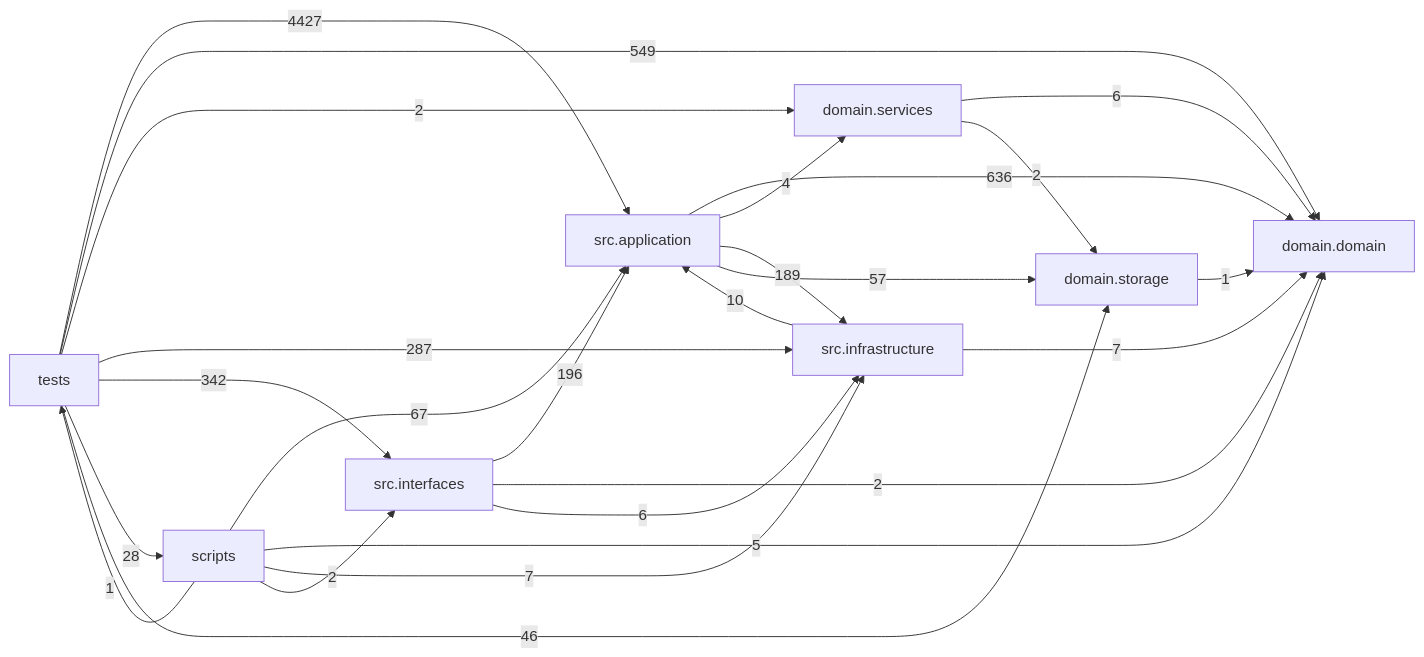
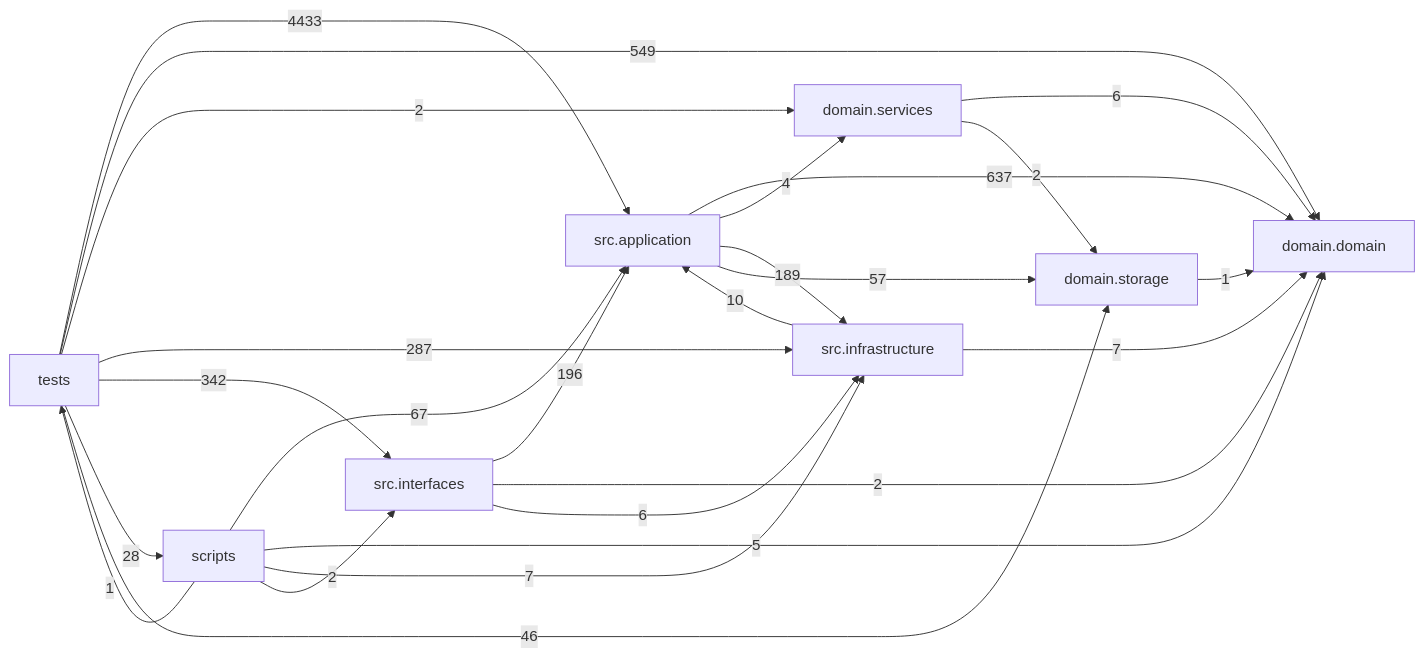
One commit to liuxie066/options-monitor changed the diagram in docs/DEPENDENCY_GRAPH.md. Above: the diagram before and after it, drawn with Mermaid. The commit also changed other lines of this file and 6 other files, not shown here.

````diff
--- a/docs/DEPENDENCY_GRAPH.md
+++ b/docs/DEPENDENCY_GRAPH.md
@@ -24,35 +24,35 @@
 ```mermaid
 flowchart LR
   tests["tests"]
   scripts["scripts"]
   interfaces["src.interfaces"]
   application["src.application"]
   infrastructure["src.infrastructure"]
   domain_services["domain.services"]
   domain["domain.domain"]
   storage["domain.storage"]
-  application -->|636| domain
+  application -->|637| domain
   application -->|4| domain_services
   application -->|189| infrastructure
   application -->|57| storage
   domain_services -->|6| domain
   domain_services -->|2| storage
   infrastructure -->|10| application
   infrastructure -->|7| domain
   interfaces -->|196| application
   interfaces -->|2| domain
   interfaces -->|6| infrastructure
   scripts -->|67| application
   scripts -->|5| domain
   scripts -->|7| infrastructure
   scripts -->|2| interfaces
   scripts -->|1| tests
   storage -->|1| domain
-  tests -->|4427| application
+  tests -->|4433| application
   tests -->|549| domain
   tests -->|2| domain_services
   tests -->|287| infrastructure
   tests -->|342| interfaces
   tests -->|28| scripts
   tests -->|46| storage
 ```
````
